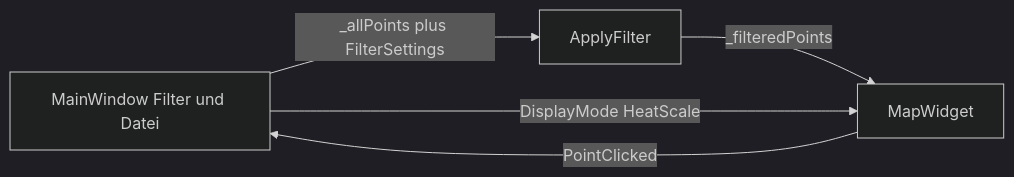
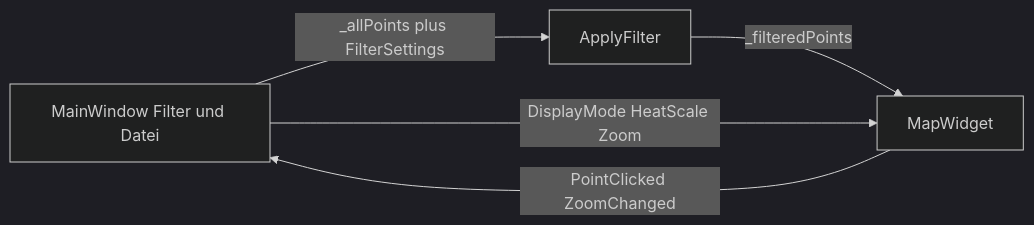
One commit to ViezTrinker/location-history-visualizer changed the diagram in doc/ui.md. Above: the diagram before and after it, drawn with Mermaid (dark theme). The commit also changed other lines of this file and 7 other files, not shown here.

````diff
--- a/doc/ui.md
+++ b/doc/ui.md
@@ -34,10 +35,10 @@
 ```mermaid
 flowchart LR
   ui[MainWindow Filter und Datei]
   coreFilter[ApplyFilter]
   map[MapWidget]
   ui -->|"_allPoints plus FilterSettings"| coreFilter
   coreFilter -->|"_filteredPoints"| map
-  ui -->|DisplayMode HeatScale| map
-  map -->|PointClicked| ui
+  ui -->|DisplayMode HeatScale Zoom| map
+  map -->|PointClicked ZoomChanged| ui
 ```
````
